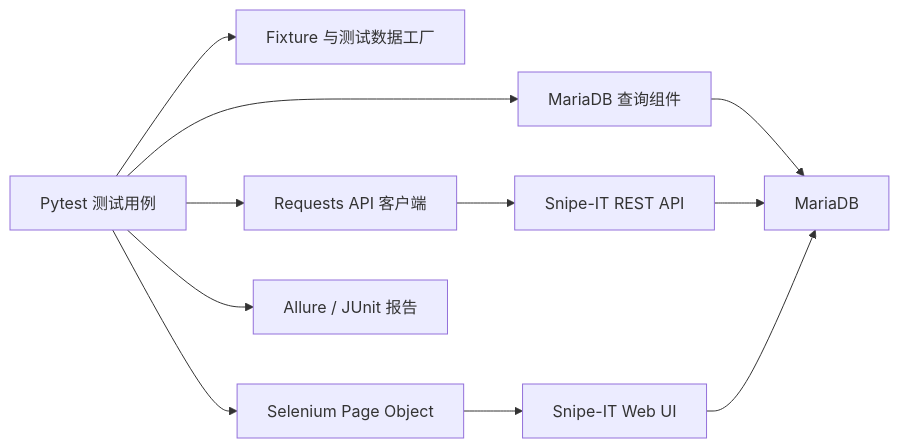
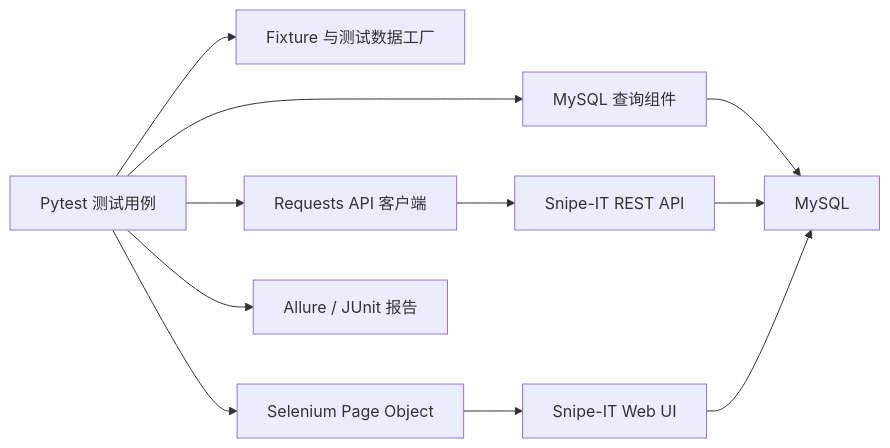
The diagram in README.md (Anemone-2/Test-Automation-Framework), drawn with Mermaid before and after one commit. The commit also changed other lines of this file and 8 other files, not shown here.

````diff
--- a/README.md
+++ b/README.md
@@ -40,13 +40,13 @@
 ```mermaid
 flowchart LR
     T["Pytest 测试用例"] --> F["Fixture 与测试数据工厂"]
     T --> A["Requests API 客户端"]
     T --> P["Selenium Page Object"]
-    T --> D["MariaDB 查询组件"]
+    T --> D["MySQL 查询组件"]
     A --> S["Snipe-IT REST API"]
     P --> W["Snipe-IT Web UI"]
-    D --> M["MariaDB"]
+    D --> M["MySQL"]
     S --> M
     W --> M
     T --> R["Allure / JUnit 报告"]
 ```
````
